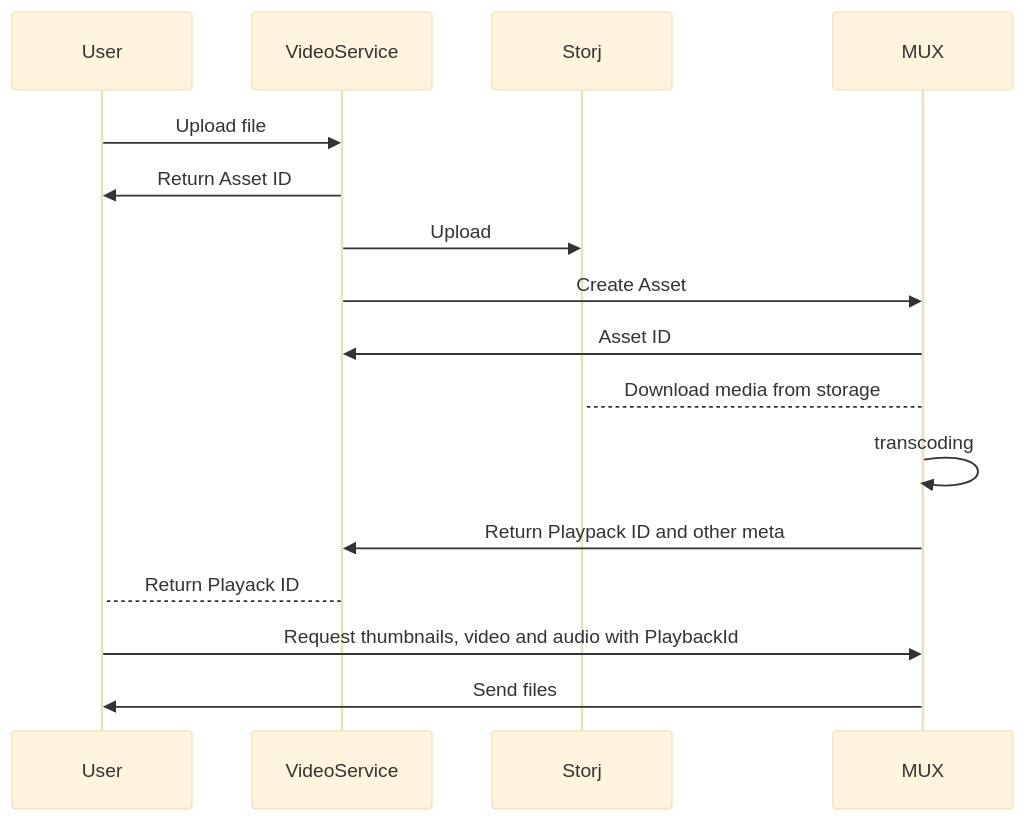
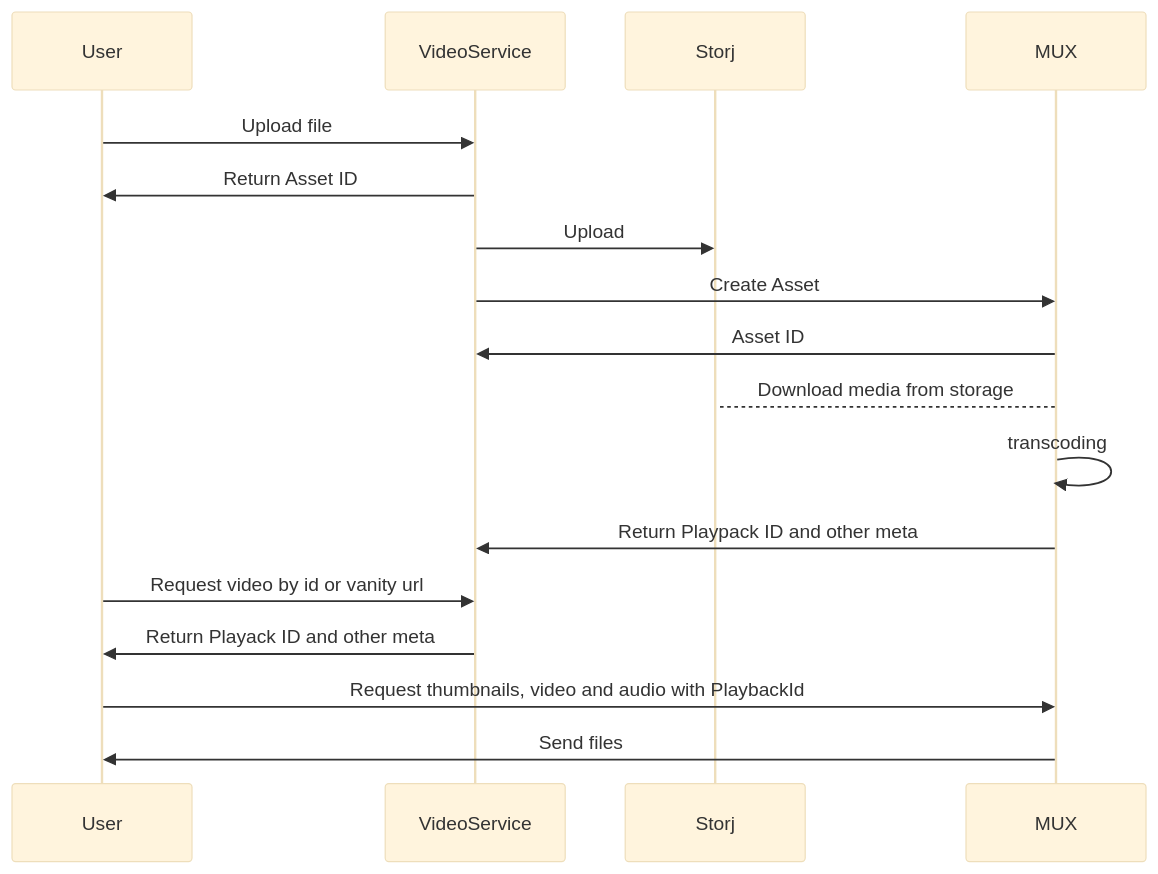
One commit to harmony-one/mux-uploader.backend changed the diagram in diagram/upload-video.md. Above: the diagram before and after it, drawn with Mermaid (base theme).

Commit message:
Update workflow diagram

````diff
--- a/diagram/upload-video.md
+++ b/diagram/upload-video.md
@@ -1,19 +1,20 @@
 ```mermaid
 sequenceDiagram
     participant User
     participant VideoService
     participant Storj
     participant MUX
     User ->> VideoService: Upload file
     VideoService ->> User: Return Asset ID
     VideoService ->> Storj: Upload
     VideoService ->> MUX: Create Asset
     MUX ->> VideoService: Asset ID
     
     MUX --> Storj: Download media from storage
     MUX ->> MUX: transcoding
     MUX ->> VideoService: Return Playpack ID and other meta
-    VideoService --> User: Return Playack ID
+    User ->> VideoService: Request video by id or vanity url
+    VideoService ->> User: Return Playack ID and other meta
     User ->> MUX: Request thumbnails, video and audio with PlaybackId
     MUX ->> User: Send files
 ```
````
